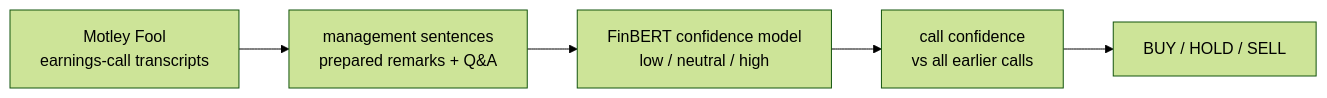
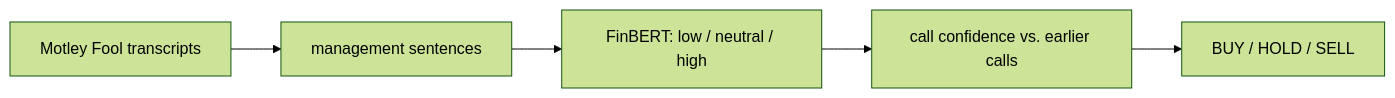
Before and after one commit to EthanXu07/fintrax: the diagram in README.md, drawn with Mermaid (forest theme). The commit also changed other lines of this file, not shown here.

````diff
--- a/README.md
+++ b/README.md
@@ -9,7 +9,7 @@
 ```mermaid
 flowchart LR
-    A[Motley Fool<br/>earnings-call transcripts] --> B[management sentences<br/>prepared remarks + Q&A]
-    B --> C[FinBERT confidence model<br/>low / neutral / high]
-    C --> D[call confidence<br/>vs all earlier calls]
+    A[Motley Fool transcripts] --> B[management sentences]
+    B --> C[FinBERT: low / neutral / high]
+    C --> D[call confidence vs. earlier calls]
     D --> E[BUY / HOLD / SELL]
 ```
````
